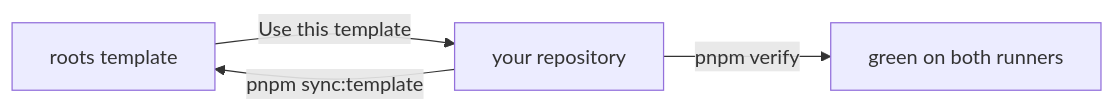
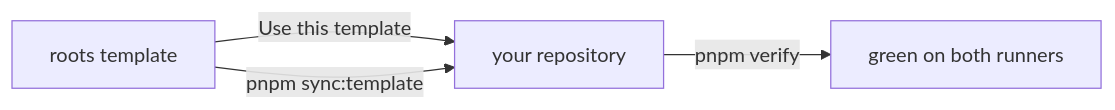
Before and after one commit to RemiMyrset/roots: the diagram in README.md, drawn with Mermaid. The commit also changed other lines of this file and 4 other files, not shown here.

````diff
--- a/README.md
+++ b/README.md
@@ -68,6 +71,6 @@
 ```mermaid
 flowchart LR
   T[roots template] -- Use this template --> C[your repository]
-  C -- pnpm sync:template --> T
+  T -- pnpm sync:template --> C
   C -- pnpm verify --> G[green on both runners]
 ```
````
